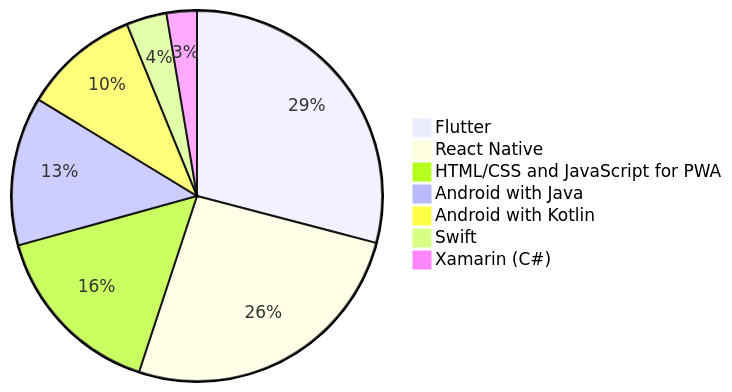
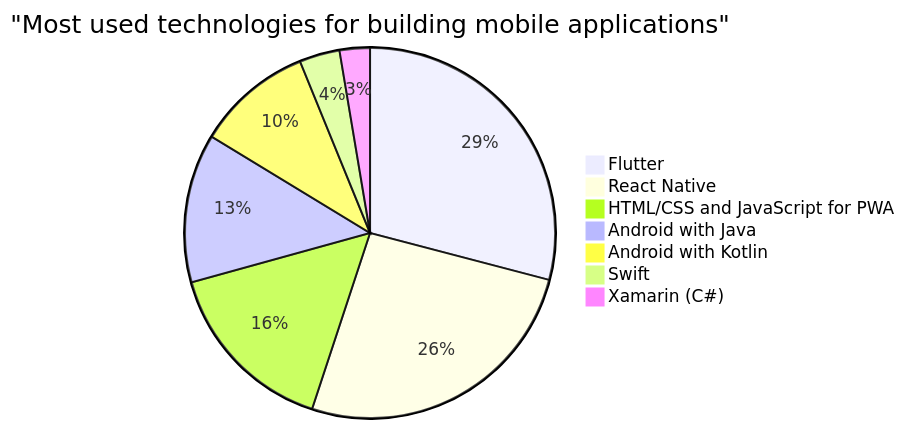
One commit to Fcmam5/state-of-dz-swe-2024 changed the seventh of 16 diagrams in website/docs/insights/technology-trends.md. Above: the diagram before and after it, drawn with Mermaid. The commit also changed other lines of this file, not shown here.

````diff
--- a/website/docs/insights/technology-trends.md
+++ b/website/docs/insights/technology-trends.md
@@ -121,10 +122,11 @@
 ```mermaid
 pie 
+    title "Most used technologies for building mobile applications"
     "Flutter" : 132
     "React Native" : 118
     "HTML/CSS and JavaScript for PWA" : 71
     "Android with Java" : 59
     "Android with Kotlin" : 46
     "Swift" : 16
     "Xamarin (C#)" : 12
 ```
````
